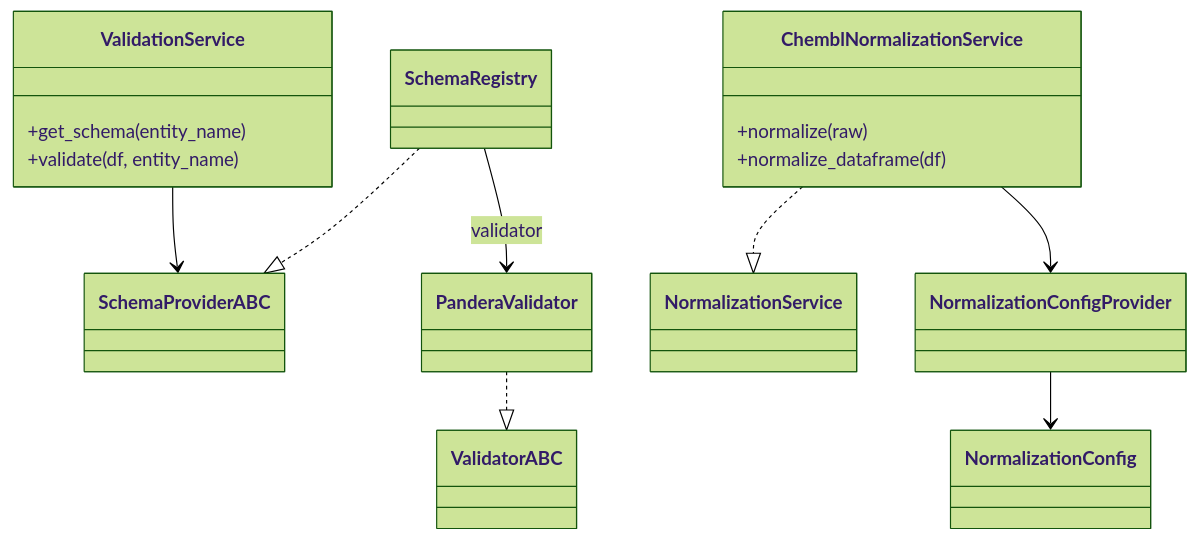
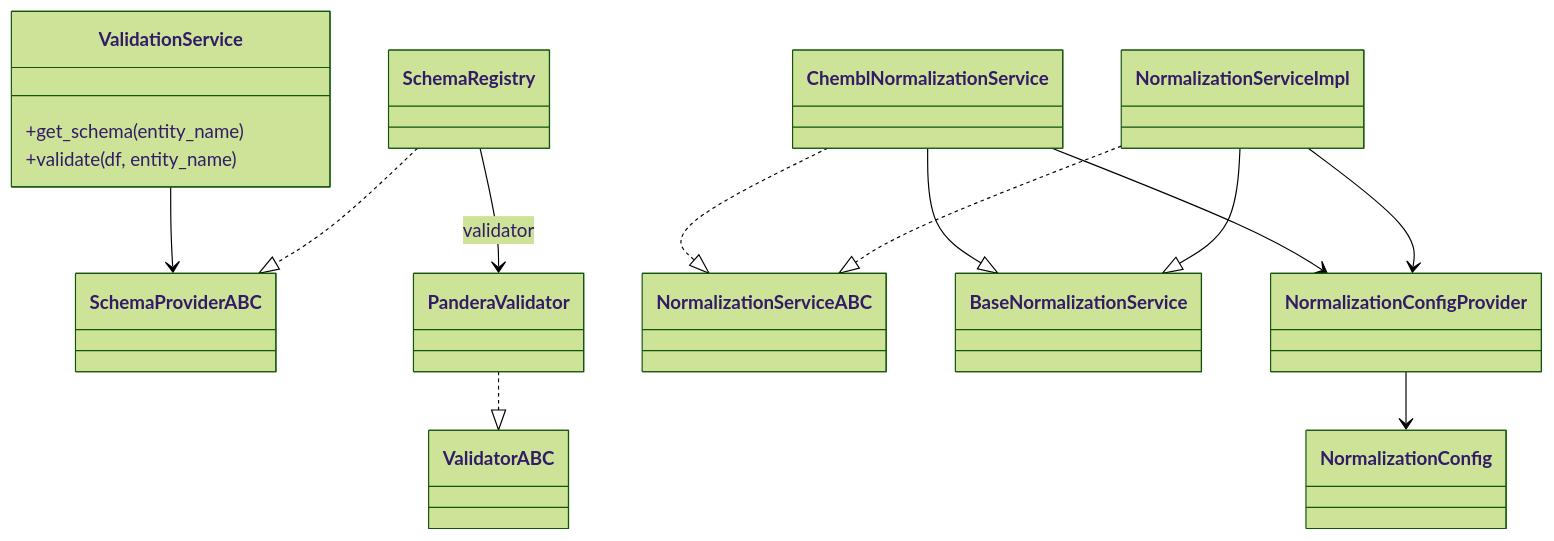
The diagram in docs/architecture/diagrams/class/12-domain-service-classes.mmd (SatoryKono/BioactivityDataAcquisition), drawn with Mermaid (forest theme) before and after one commit. The commit also changed 7 other files, not shown here.

```diff
--- a/docs/architecture/diagrams/class/12-domain-service-classes.mmd
+++ b/docs/architecture/diagrams/class/12-domain-service-classes.mmd
@@ -1,30 +1,34 @@
 ---
 id: 7f1b5e5d-4c9a-4bf0-8c6f-0b3fdde2d0ac
 ---
 %%{init: {"class": {"domainPrimary": {"fill": "#f5f5f5", "stroke": "#444", "strokeWidth": 1.5, "color": "#111", "fontSize": "22px"}, "domainSecondary": {"fill": "#e3e7ec", "stroke": "#555", "strokeWidth": 1.2, "color": "#111", "fontSize": "18px"}, "interface": {"fill": "#dde7f2", "stroke": "#44546a", "strokeWidth": 1.5, "color": "#111", "fontSize": "22px"}}}}%%
 classDiagram-v2
 
 class ValidationService {
   +get_schema(entity_name)
   +validate(df, entity_name)
 }
 class SchemaProviderABC
 class ValidatorABC
 class PanderaValidator
 class SchemaRegistry
 
-class NormalizationService
-class ChemblNormalizationService {
-  +normalize(raw)
-  +normalize_dataframe(df)
-}
+class NormalizationServiceABC
+class BaseNormalizationService
+class ChemblNormalizationService
+class NormalizationServiceImpl
 class NormalizationConfigProvider
 class NormalizationConfig
 
 ValidationService --> SchemaProviderABC
 SchemaRegistry ..|> SchemaProviderABC
 PanderaValidator ..|> ValidatorABC
 SchemaRegistry --> PanderaValidator : validator
-ChemblNormalizationService ..|> NormalizationService
+
+ChemblNormalizationService --|> BaseNormalizationService
+NormalizationServiceImpl --|> BaseNormalizationService
+ChemblNormalizationService ..|> NormalizationServiceABC
+NormalizationServiceImpl ..|> NormalizationServiceABC
 ChemblNormalizationService --> NormalizationConfigProvider
+NormalizationServiceImpl --> NormalizationConfigProvider
 NormalizationConfigProvider --> NormalizationConfig
```
